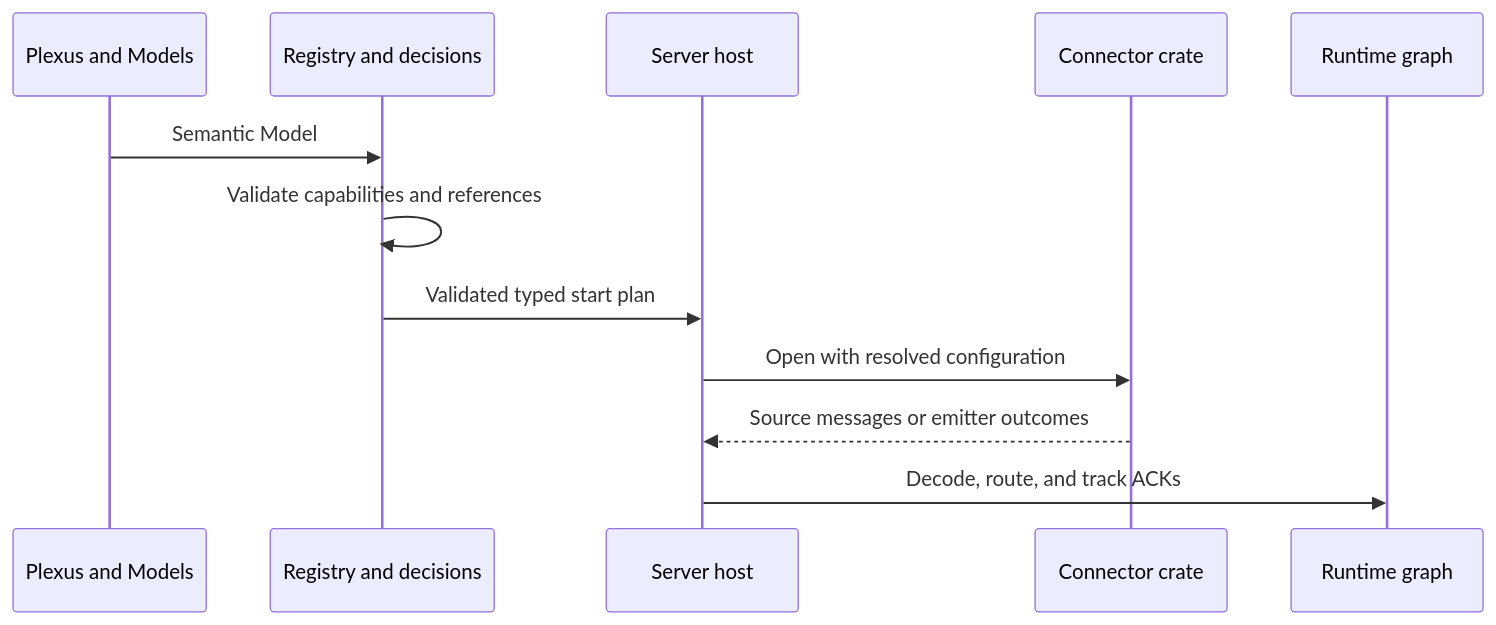
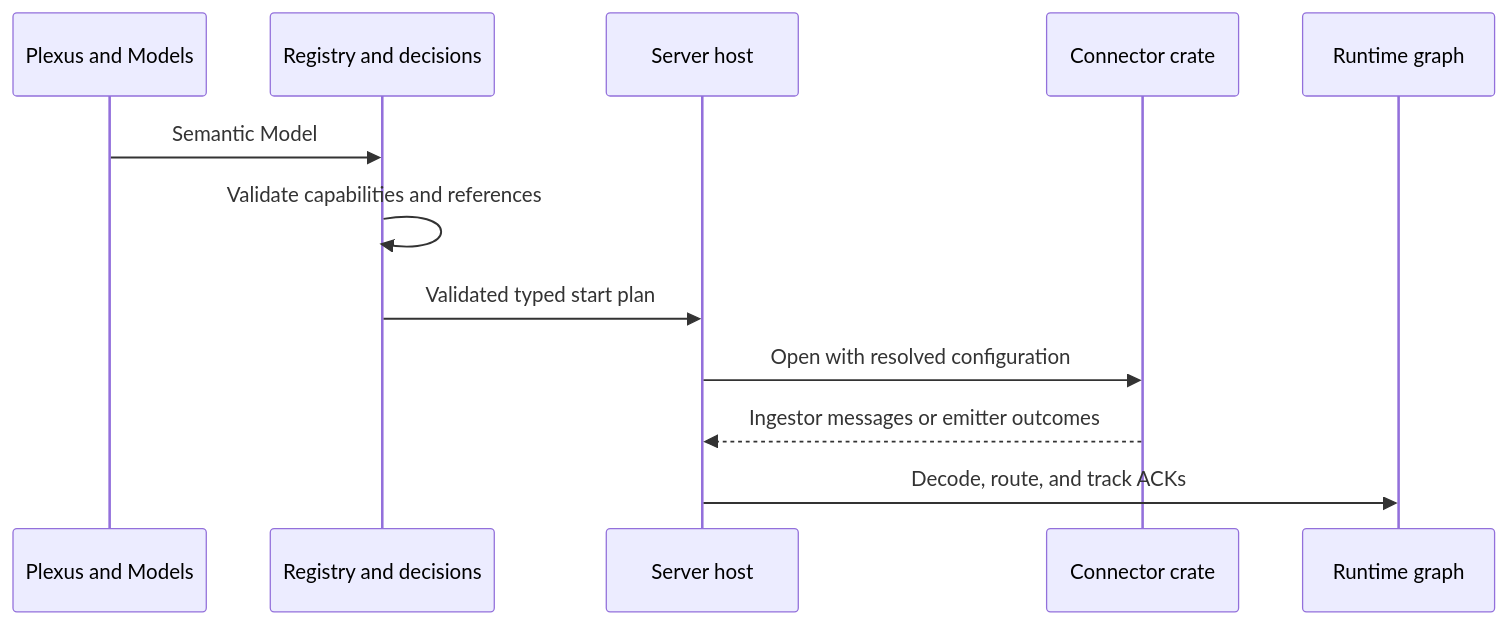
One commit to nervix-io/nervix changed the first of 3 diagrams in docs/src/connector-contract.md. Above: the diagram before and after it, drawn with Mermaid. The commit also changed other lines of this file and 49 other files, not shown here.

````diff
--- a/docs/src/connector-contract.md
+++ b/docs/src/connector-contract.md
@@ -737,14 +737,14 @@
 ```mermaid
 sequenceDiagram
     participant Plexus as Plexus and Models
     participant Registry as Registry and decisions
     participant Host as Server host
     participant Driver as Connector crate
     participant Graph as Runtime graph
     Plexus->>Registry: Semantic Model
     Registry->>Registry: Validate capabilities and references
     Registry->>Host: Validated typed start plan
     Host->>Driver: Open with resolved configuration
-    Driver-->>Host: Source messages or emitter outcomes
+    Driver-->>Host: Ingestor messages or emitter outcomes
     Host->>Graph: Decode, route, and track ACKs
 ```
````
